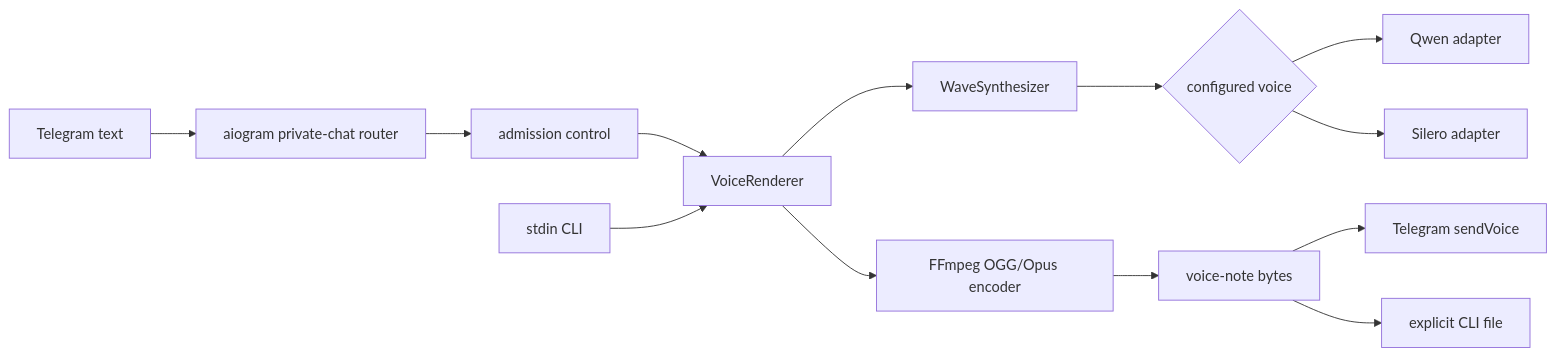
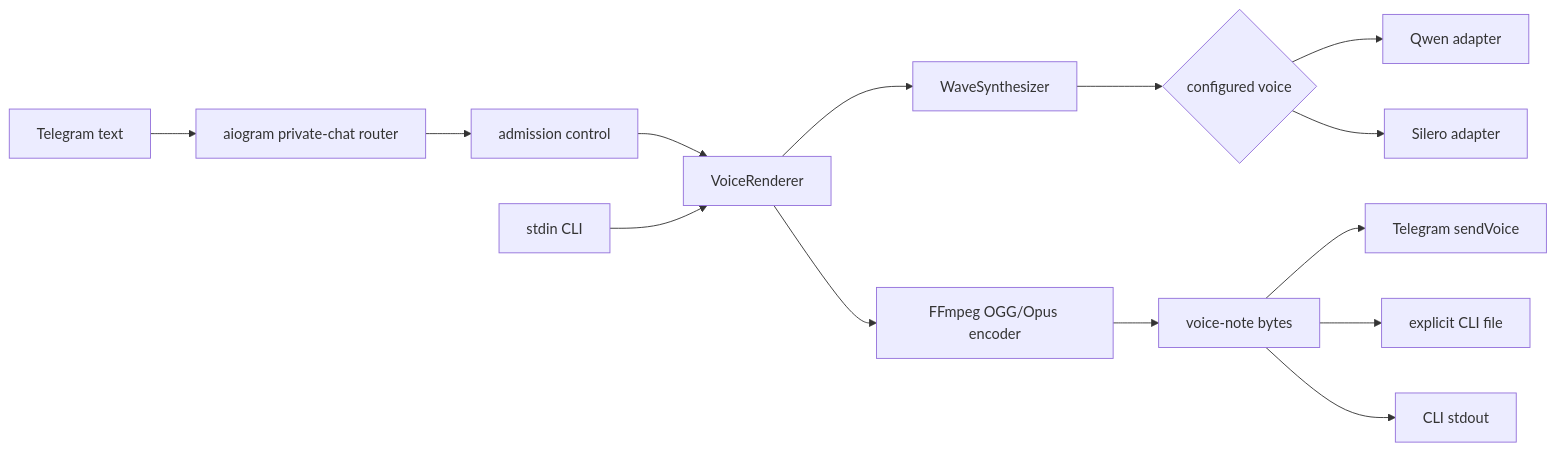
One commit to ihoru/telegram-tts-bot changed the diagram in README.md. Above: the diagram before and after it, drawn with Mermaid. The commit also changed other lines of this file and 17 other files, not shown here.

````diff
--- a/README.md
+++ b/README.md
@@ -197,15 +204,16 @@
 ```mermaid
 flowchart LR
     telegram[Telegram text] --> router[aiogram private-chat router]
     router --> gate[admission control]
     gate --> renderer[VoiceRenderer]
     stdin[stdin CLI] --> renderer
     renderer --> synth[WaveSynthesizer]
     synth --> provider{configured voice}
     provider --> qwen[Qwen adapter]
     provider --> silero[Silero adapter]
     renderer --> opus[FFmpeg OGG/Opus encoder]
     opus --> voice[voice-note bytes]
     voice --> telegram_api[Telegram sendVoice]
     voice --> file[explicit CLI file]
+    voice --> stdout[CLI stdout]
 ```
````
